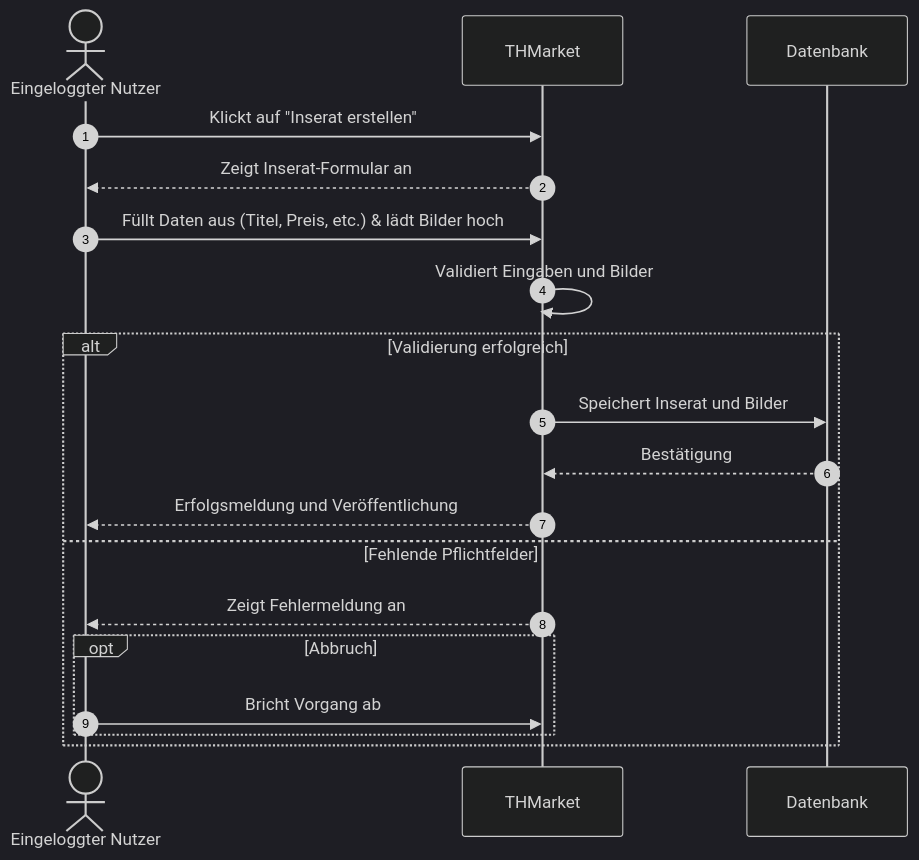
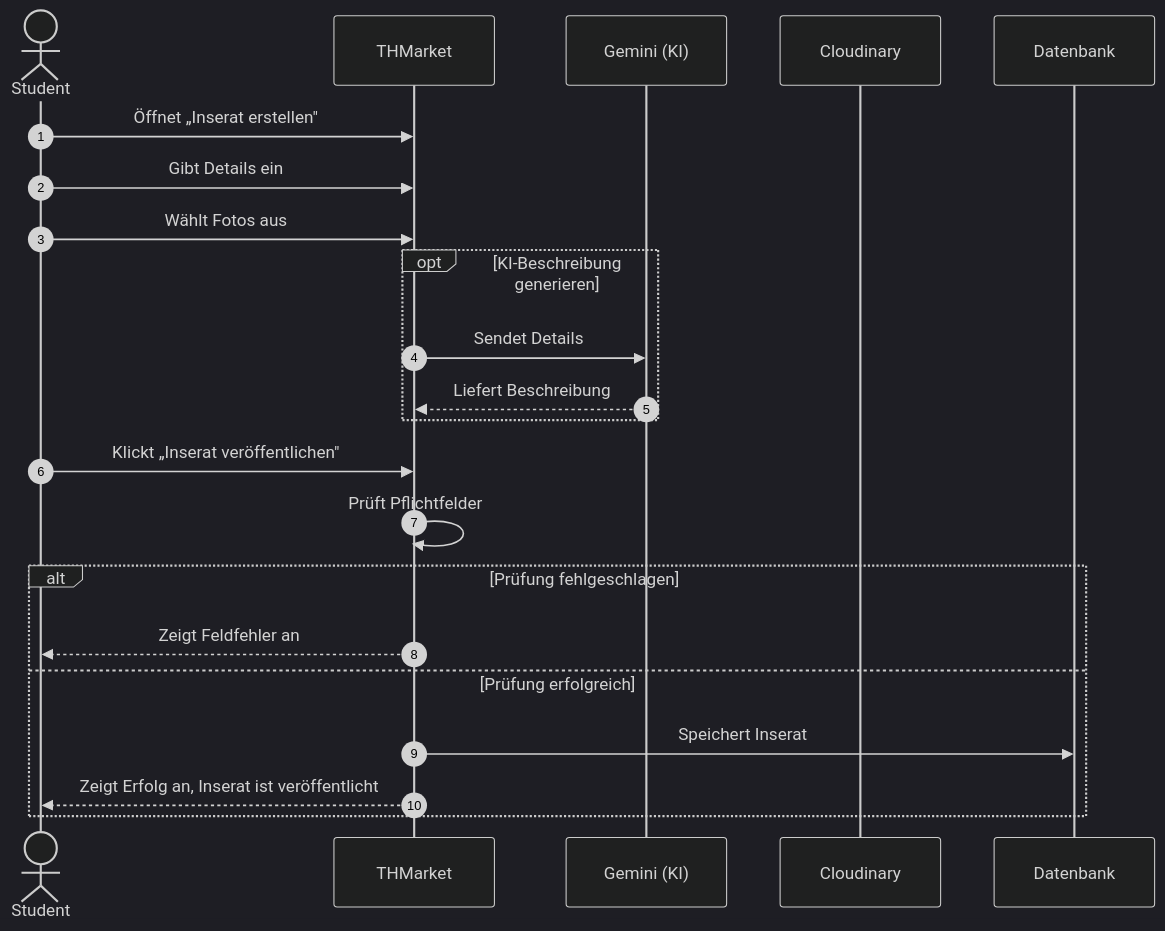
The diagram in docs/spec/diagrams-code/f2-uc03-inserat_erstellen.mermaid (PatilYash0110/THMarket), drawn with Mermaid (dark theme) before and after one commit. The commit also changed 17 other files, not shown here.

Commit message:
Diagramme aktualisiert, UC13-16 und weitere Diagramme ergänzt

```diff
--- a/docs/spec/diagrams-code/f2-uc03-inserat_erstellen.mermaid
+++ b/docs/spec/diagrams-code/f2-uc03-inserat_erstellen.mermaid
@@ -1,21 +1,26 @@
 sequenceDiagram
     autonumber
-    actor Nutzer as Eingeloggter Nutzer
+    actor Student as Student
     participant System as THMarket
+    participant KI as Gemini (KI)
+    participant Bilder as Cloudinary
     participant DB as Datenbank
-    
-    Nutzer->>System: Klickt auf "Inserat erstellen"
-    System-->>Nutzer: Zeigt Inserat-Formular an
-    Nutzer->>System: Füllt Daten aus (Titel, Preis, etc.) & lädt Bilder hoch
-    System->>System: Validiert Eingaben und Bilder
-    
-    alt Validierung erfolgreich
-        System->>DB: Speichert Inserat und Bilder
-        DB-->>System: Bestätigung
-        System-->>Nutzer: Erfolgsmeldung und Veröffentlichung
-    else Fehlende Pflichtfelder
-        System-->>Nutzer: Zeigt Fehlermeldung an
-        opt Abbruch
-            Nutzer->>System: Bricht Vorgang ab
-        end
+
+    Student->>System: Öffnet „Inserat erstellen"
+    Student->>System: Gibt Details ein
+    Student->>System: Wählt Fotos aus
+
+    opt KI-Beschreibung generieren
+        System->>KI: Sendet Details
+        KI-->>System: Liefert Beschreibung
     end
+
+    Student->>System: Klickt „Inserat veröffentlichen"
+    System->>System: Prüft Pflichtfelder
+
+        alt Prüfung fehlgeschlagen
+            System-->>Student: Zeigt Feldfehler an
+        else Prüfung erfolgreich
+            System->>DB: Speichert Inserat
+            System-->>Student: Zeigt Erfolg an, Inserat ist veröffentlicht
+    end
```
